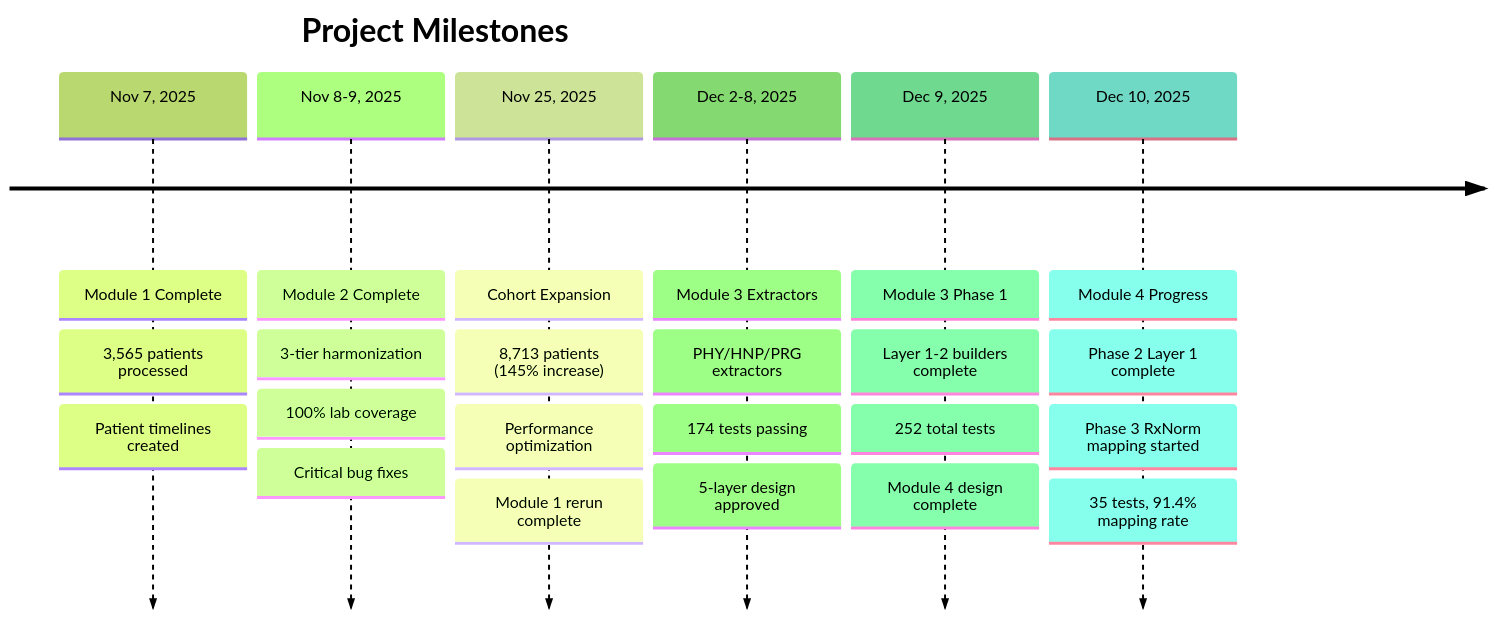
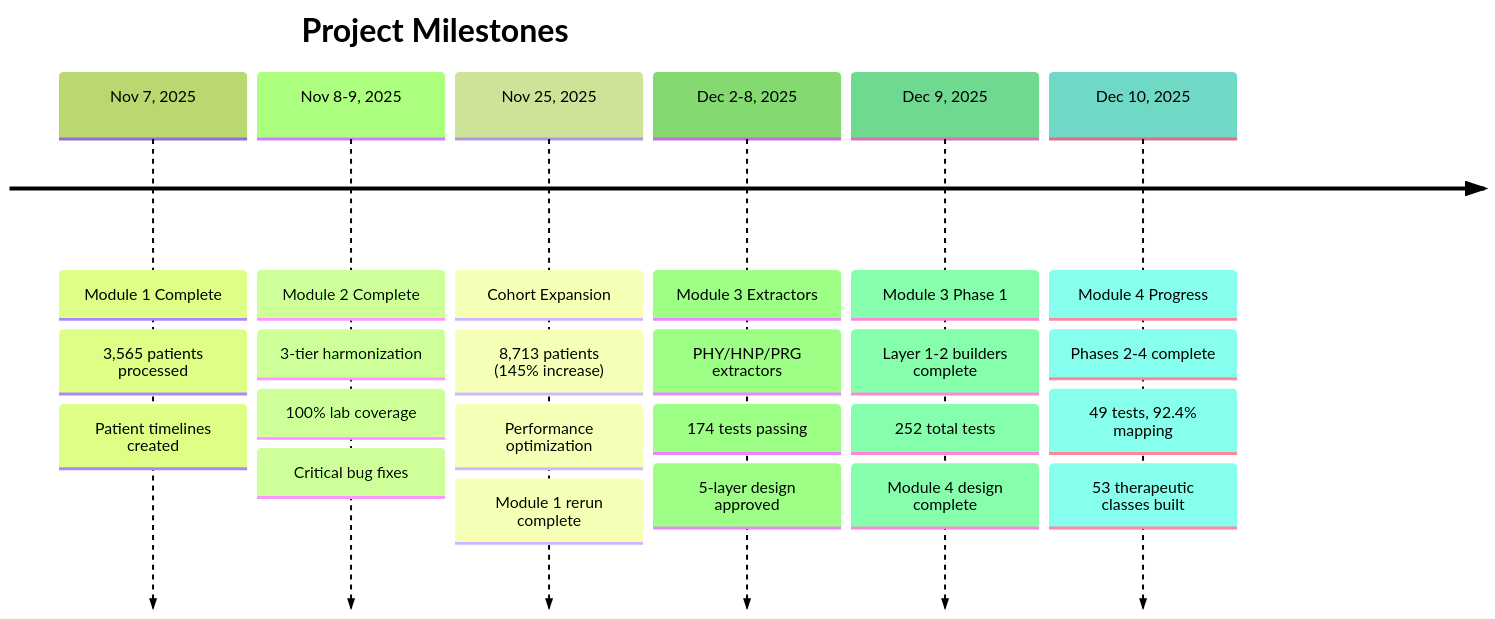
One commit to moinhs1/extracting-features changed the third of 3 diagrams in docs/progress.md. Above: the diagram before and after it, drawn with Mermaid (forest theme). The commit also changed other lines of this file and 2 other files, not shown here.

First line of the commit message:
docs: update all documentation for Phase 3-4 completion

````diff
--- a/docs/progress.md
+++ b/docs/progress.md
@@ -148,33 +150,33 @@
 ```mermaid
 timeline
     title Project Milestones
 
     Nov 7, 2025 : Module 1 Complete
                 : 3,565 patients processed
                 : Patient timelines created
 
     Nov 8-9, 2025 : Module 2 Complete
                   : 3-tier harmonization
                   : 100% lab coverage
                   : Critical bug fixes
 
     Nov 25, 2025 : Cohort Expansion
                  : 8,713 patients (145% increase)
                  : Performance optimization
                  : Module 1 rerun complete
 
     Dec 2-8, 2025 : Module 3 Extractors
                   : PHY/HNP/PRG extractors
                   : 174 tests passing
                   : 5-layer design approved
 
     Dec 9, 2025 : Module 3 Phase 1
                 : Layer 1-2 builders complete
                 : 252 total tests
                 : Module 4 design complete
 
     Dec 10, 2025 : Module 4 Progress
-                 : Phase 2 Layer 1 complete
-                 : Phase 3 RxNorm mapping started
-                 : 35 tests, 91.4% mapping rate
+                 : Phases 2-4 complete
+                 : 49 tests, 92.4% mapping
+                 : 53 therapeutic classes built
 ```
````
